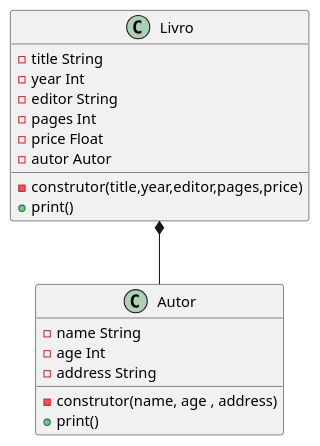
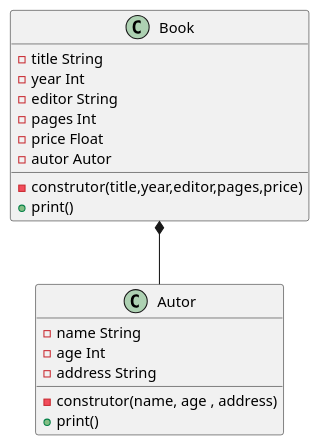
Before and after one commit to arturkops/Book: the diagram in book.plantuml, drawn with PlantUML.

Commit message:
Class Autor;/Book

```diff
--- a/book.plantuml
+++ b/book.plantuml
@@ -1,24 +1,24 @@
 @startuml first
 
 class Autor {
     -name String
     -age Int
     -address String
     -construtor(name, age , address)
     +print()
 }
 
-class Livro {
+class Book {
     -title String
     -year Int
     -editor String
     -pages Int
     -price Float
     -autor Autor
     -construtor(title,year,editor,pages,price)
     +print()
 }
 
-Livro *-- Autor
+Book *-- Autor
 
 @enduml
```
